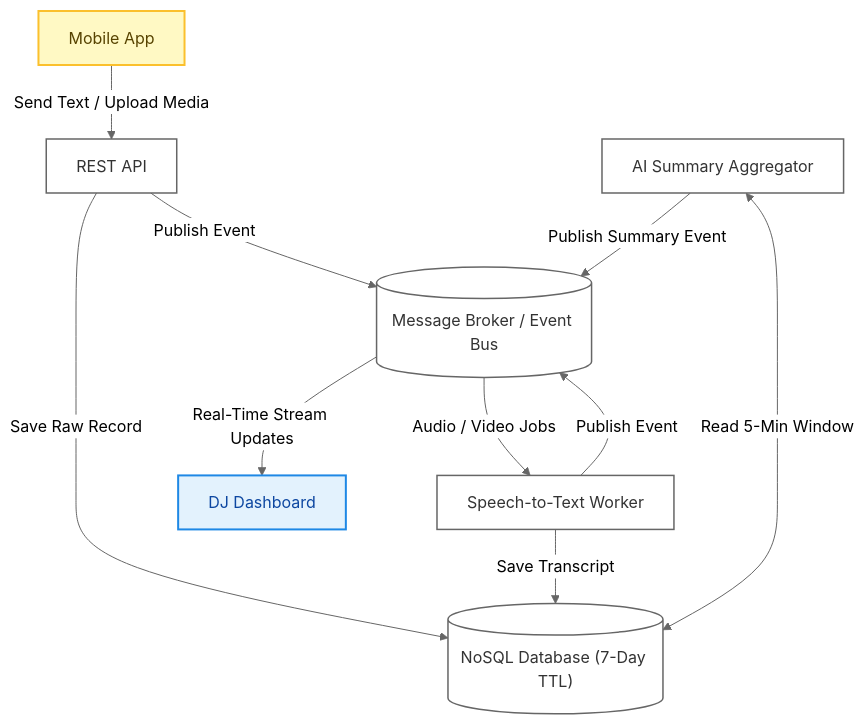
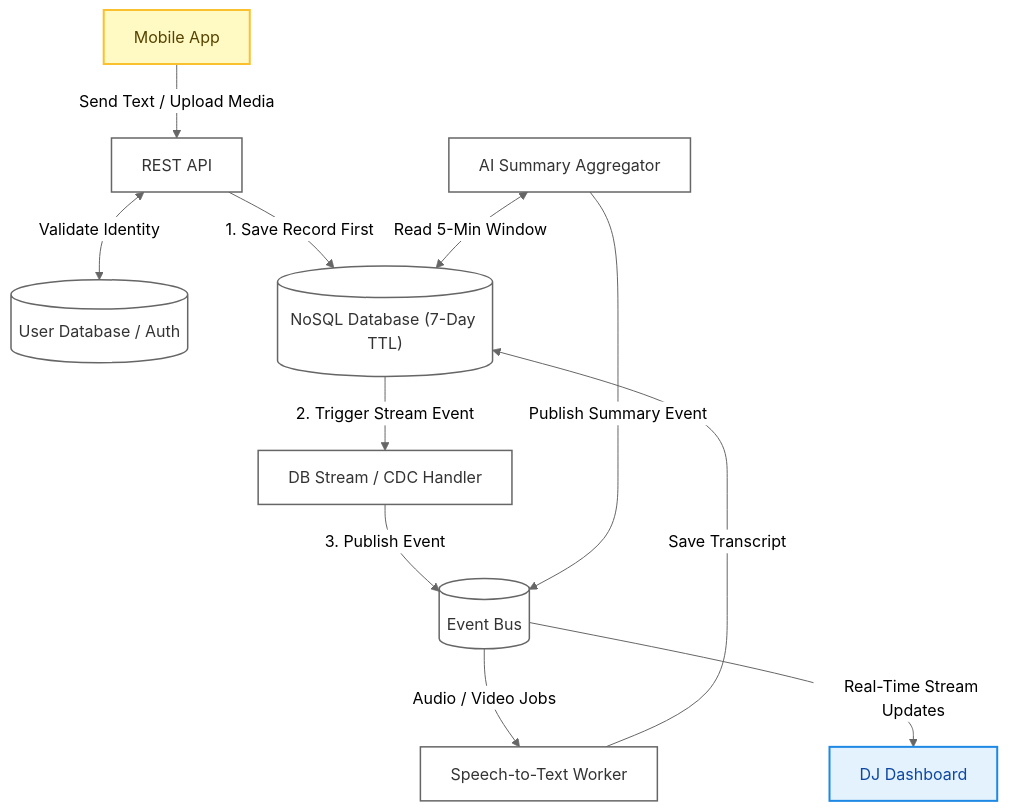
Before and after one commit to Starterware/DpgMedia: the third of 3 diagrams in DESIGN.md, drawn with Mermaid. The commit also changed other lines of this file, not shown here.

````diff
--- a/DESIGN.md
+++ b/DESIGN.md
@@ -181,39 +186,43 @@
 ```mermaid
 %%{init: {'theme': 'neutral', 'themeVariables': { 'edgeLabelBackground': '#ffffff'}}}%%
 
 flowchart TD
     App["Mobile App"]
 
     API["REST API"]
-    Broker[("Message Broker / Event Bus")]
+    UserDB[("User Database / Auth")]
     DB[("NoSQL Database (7-Day TTL)")]
+    CDC["DB Stream / CDC Handler"]
+    Broker[("Event Bus")]
 
     STT["Speech-to-Text Worker"]
     LLM_Sum["AI Summary Aggregator"]
 
     DJ["DJ Dashboard"]
 
     App -->|"Send Text / Upload Media"| API
-    API -->|"Publish Event"| Broker
-    API -->|"Save Raw Record"| DB
+    API <-->|"Validate Identity"| UserDB
+    API -->|"1. Save Record First"| DB
+
+    DB -->|"2. Trigger Stream Event"| CDC
+    CDC -->|"3. Publish Event"| Broker
 
     Broker -->|"Audio / Video Jobs"| STT
     
     STT -->|"Save Transcript"| DB
-    STT -->|"Publish Event"| Broker
 
     LLM_Sum <-->|"Read 5-Min Window"| DB
     LLM_Sum -->|"Publish Summary Event"| Broker
 
     Broker -->|"Real-Time Stream Updates"| DJ
 
     %% Color Styling Definitions
     classDef yellowNode fill:#fff9c4,stroke:#fbc02d,stroke-width:2px,color:#574300;
     classDef blueNode fill:#e3f2fd,stroke:#1e88e5,stroke-width:2px,color:#0d47a1;
     classDef defaultNode fill:#ffffff,stroke:#666666,stroke-width:1.5px,color:#333333;
 
     %% Class Assignments
     class App yellowNode;
     class DJ blueNode;
-    class API,Broker,DB,STT,LLM_Sum defaultNode;
+    class API,UserDB,DB,CDC,Broker,STT,LLM_Sum defaultNode;
 ```
````
